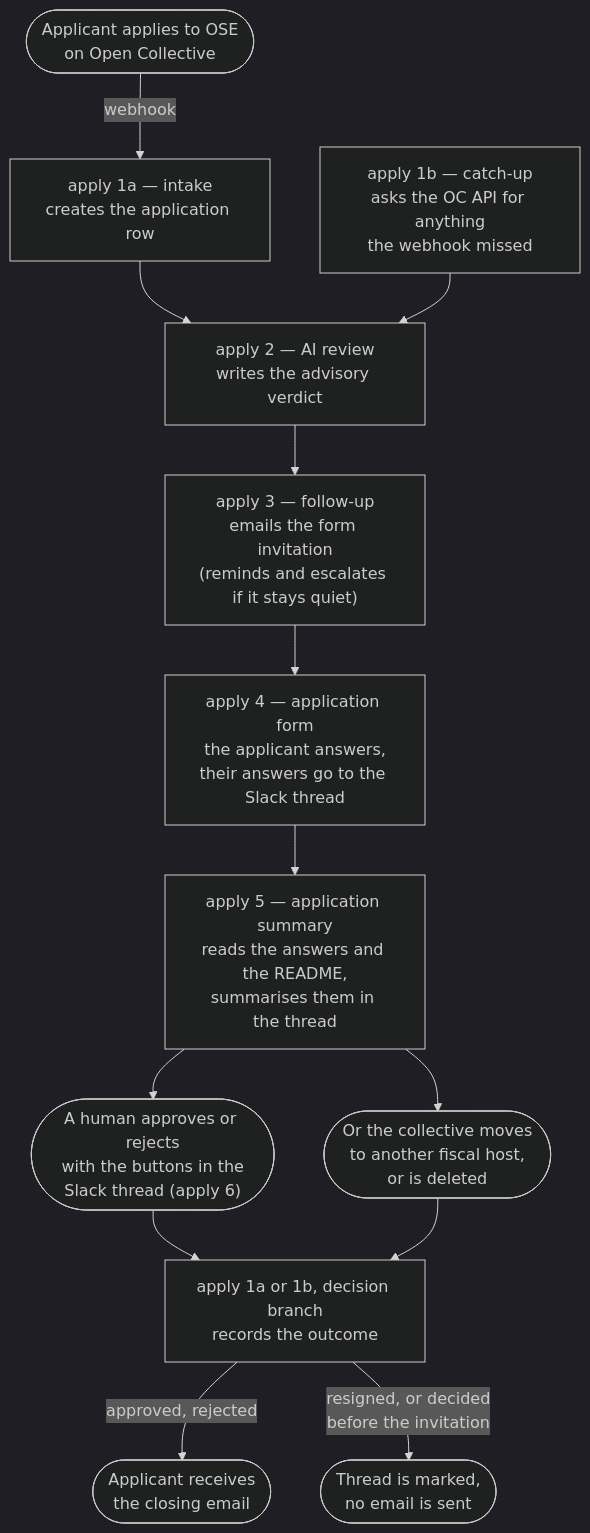
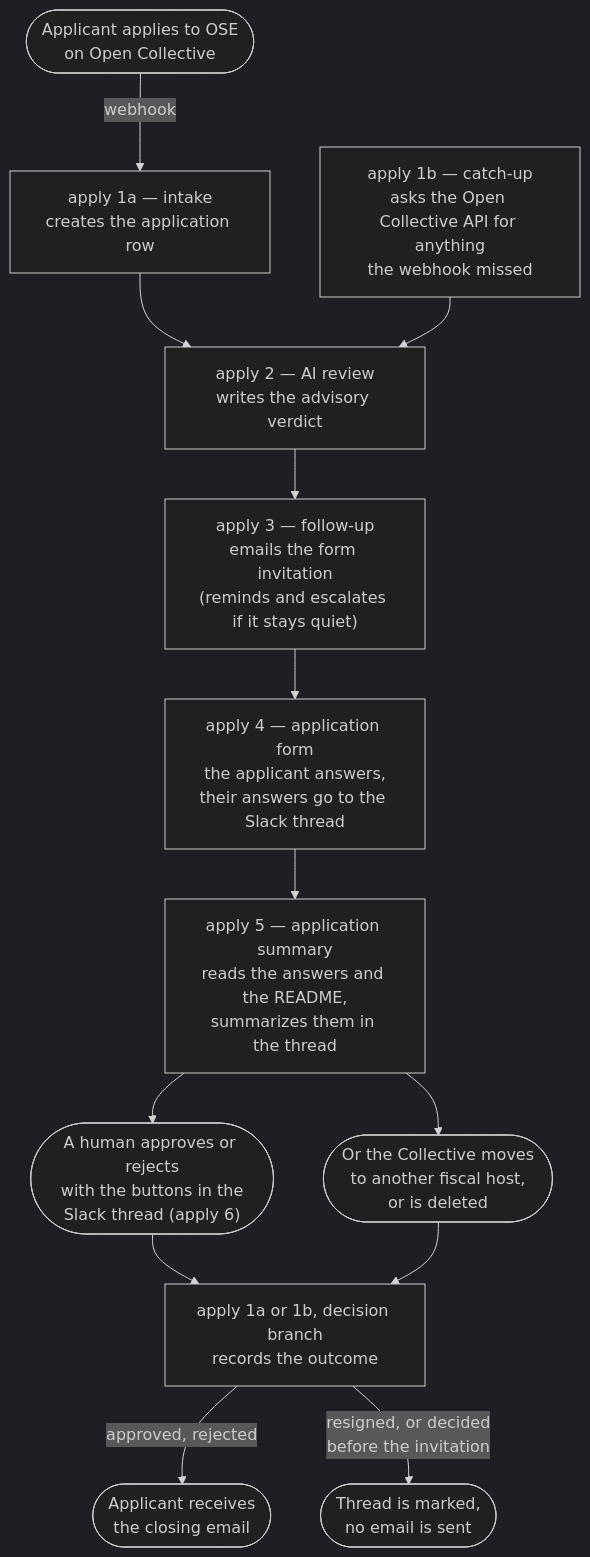
The diagram in automation/README.md (opensourceeurope/community), drawn with Mermaid (dark theme) before and after one commit. The commit also changed other lines of this file and 11 other files, not shown here.

````diff
--- a/automation/README.md
+++ b/automation/README.md
@@ -146,17 +150,17 @@
 ```mermaid
 flowchart TD
     START(["Applicant applies to OSE<br>on Open Collective"])
     START -->|"webhook"| A1a["apply 1a — intake<br>creates the application row"]
-    A1b["apply 1b — catch-up<br>asks the OC API for anything<br>the webhook missed"]
+    A1b["apply 1b — catch-up<br>asks the Open Collective API for anything<br>the webhook missed"]
     A1a --> A2["apply 2 — AI review<br>writes the advisory verdict"]
     A1b --> A2
     A2 --> A3["apply 3 — follow-up<br>emails the form invitation<br>(reminds and escalates if it stays quiet)"]
     A3 --> A4["apply 4 — application form<br>the applicant answers,<br>their answers go to the Slack thread"]
-    A4 --> A5s["apply 5 — application summary<br>reads the answers and the README,<br>summarises them in the thread"]
+    A4 --> A5s["apply 5 — application summary<br>reads the answers and the README,<br>summarizes them in the thread"]
     A5s --> HUMAN(["A human approves or rejects<br>with the buttons in the<br>Slack thread (apply 6)"])
-    A5s --> GONE(["Or the collective moves<br>to another fiscal host,<br>or is deleted"])
+    A5s --> GONE(["Or the Collective moves<br>to another fiscal host,<br>or is deleted"])
     HUMAN --> A5["apply 1a or 1b, decision branch<br>records the outcome"]
     GONE --> A5
     A5 -->|"approved, rejected"| END(["Applicant receives<br>the closing email"])
     A5 -->|"resigned, or decided<br>before the invitation"| MARK(["Thread is marked,<br>no email is sent"])
 ```
````
